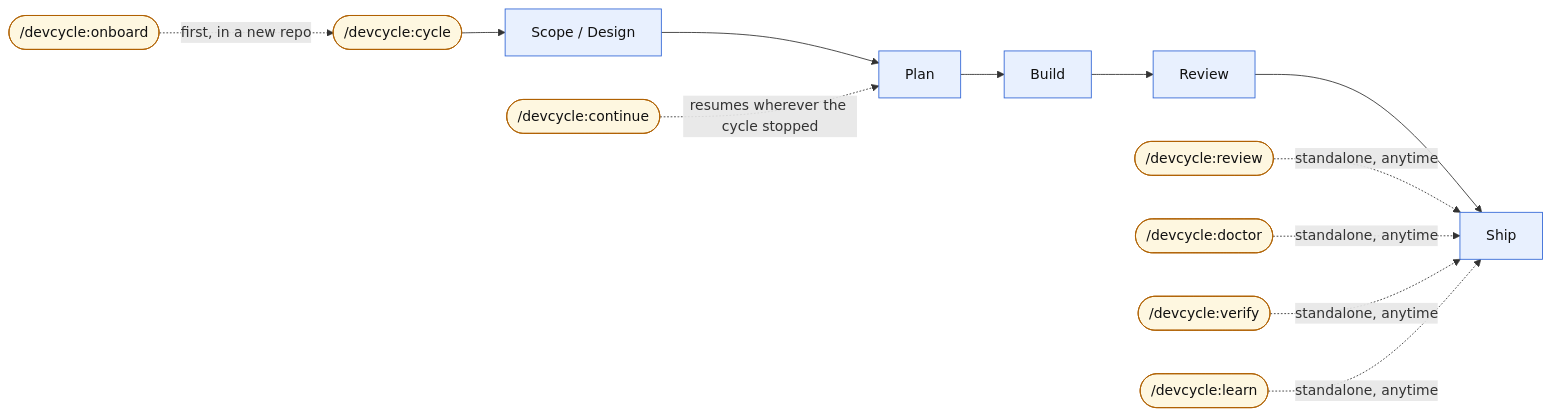
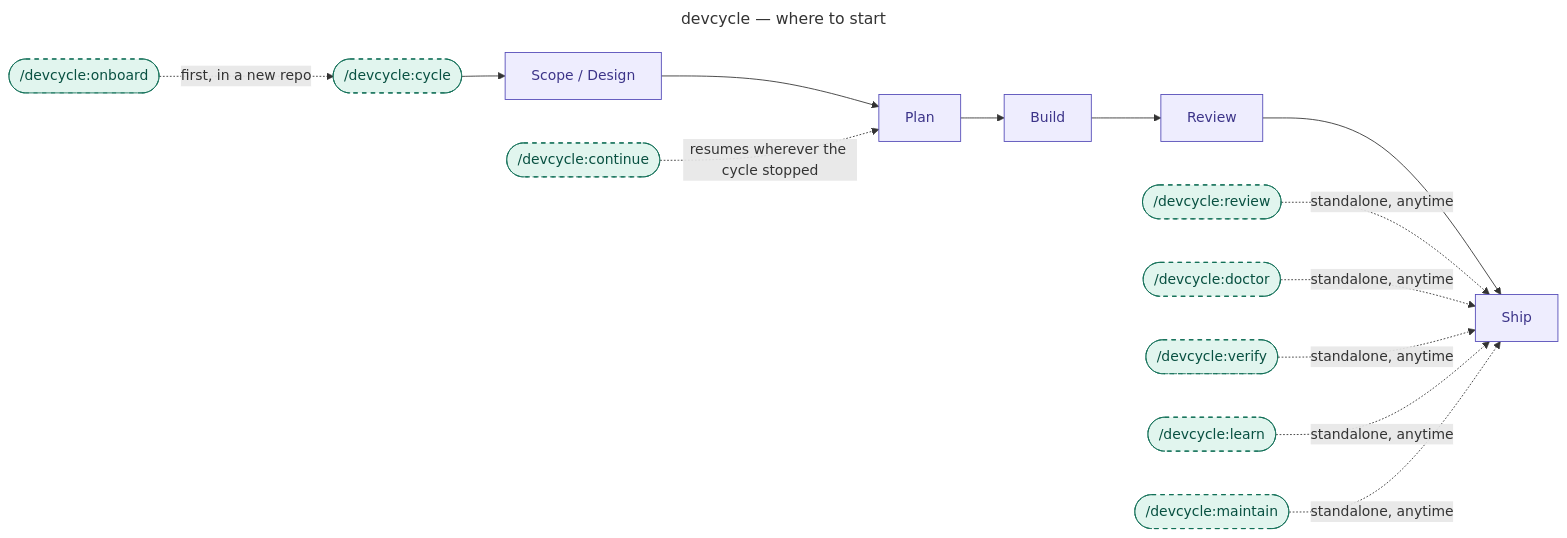
One commit to KonstantinRoehrl/devcycle changed the diagram in README.md. Above: the diagram before and after it, drawn with Mermaid. The commit also changed other lines of this file and 91 other files, not shown here.

First line of the commit message:
fix(resume): find a gitignored .devcycle/state.md on first resume

````diff
--- a/README.md
+++ b/README.md
@@ -19,27 +19,34 @@
 ```mermaid
+---
+title: devcycle — where to start
+accDescr: Command-level map of devcycle's eight slash commands. /devcycle:onboard scaffolds a new repo before the first cycle; /devcycle:cycle runs the guided pipeline through Scope/Design, Plan, Build, Review, and Ship; /devcycle:continue resumes a stopped cycle; and /devcycle:review, /devcycle:doctor, /devcycle:verify, /devcycle:learn, and /devcycle:maintain each run standalone at any time.
+---
 flowchart LR
-    CYCLE(["/devcycle:cycle"]):::entry
-    CONT(["/devcycle:continue"]):::entry
-    ONBOARD(["/devcycle:onboard"]):::entry
-    REVIEWCMD(["/devcycle:review"]):::entry
-    DOCTOR(["/devcycle:doctor"]):::entry
-    VERIFY(["/devcycle:verify"]):::entry
-    LEARN(["/devcycle:learn"]):::entry
+    CYCLE(["/devcycle:cycle"]):::tool
+    CONT(["/devcycle:continue"]):::tool
+    ONBOARD(["/devcycle:onboard"]):::tool
+    REVIEWCMD(["/devcycle:review"]):::tool
+    DOCTOR(["/devcycle:doctor"]):::tool
+    VERIFY(["/devcycle:verify"]):::tool
+    LEARN(["/devcycle:learn"]):::tool
+    MAINTAIN(["/devcycle:maintain"]):::tool
 
     ONBOARD -. "first, in a new repo" .-> CYCLE
-    CYCLE --> SCOPE["Scope / Design"]:::orch
-    SCOPE --> PLAN["Plan"]:::orch
-    PLAN --> BUILD["Build"]:::orch
-    BUILD --> REVIEW["Review"]:::orch
-    REVIEW --> SHIP["Ship"]:::orch
+    CYCLE --> SCOPE["Scope / Design"]:::stage
+    SCOPE --> PLAN["Plan"]:::stage
+    PLAN --> BUILD["Build"]:::stage
+    BUILD --> REVIEW["Review"]:::stage
+    REVIEW --> SHIP["Ship"]:::stage
 
     CONT -. "resumes wherever the cycle stopped" .-> PLAN
 
     REVIEWCMD -. "standalone, anytime" .-> SHIP
     DOCTOR -. "standalone, anytime" .-> SHIP
     VERIFY -. "standalone, anytime" .-> SHIP
     LEARN -. "standalone, anytime" .-> SHIP
+    MAINTAIN -. "standalone, anytime" .-> SHIP
 
-    classDef orch fill:#e8f0fe,stroke:#3367d6,color:#111
-    classDef entry fill:#fef7e0,stroke:#b06000,color:#111
+    classDef stage fill:#EEEDFE,stroke:#534AB7,color:#3C3489;
+    classDef tool fill:#E1F5EE,stroke:#0F6E56,color:#085041,stroke-dasharray:5 5;
+    classDef structural fill:#F1EFE8,stroke:#5F5E5A,color:#444441;
 ```
````
